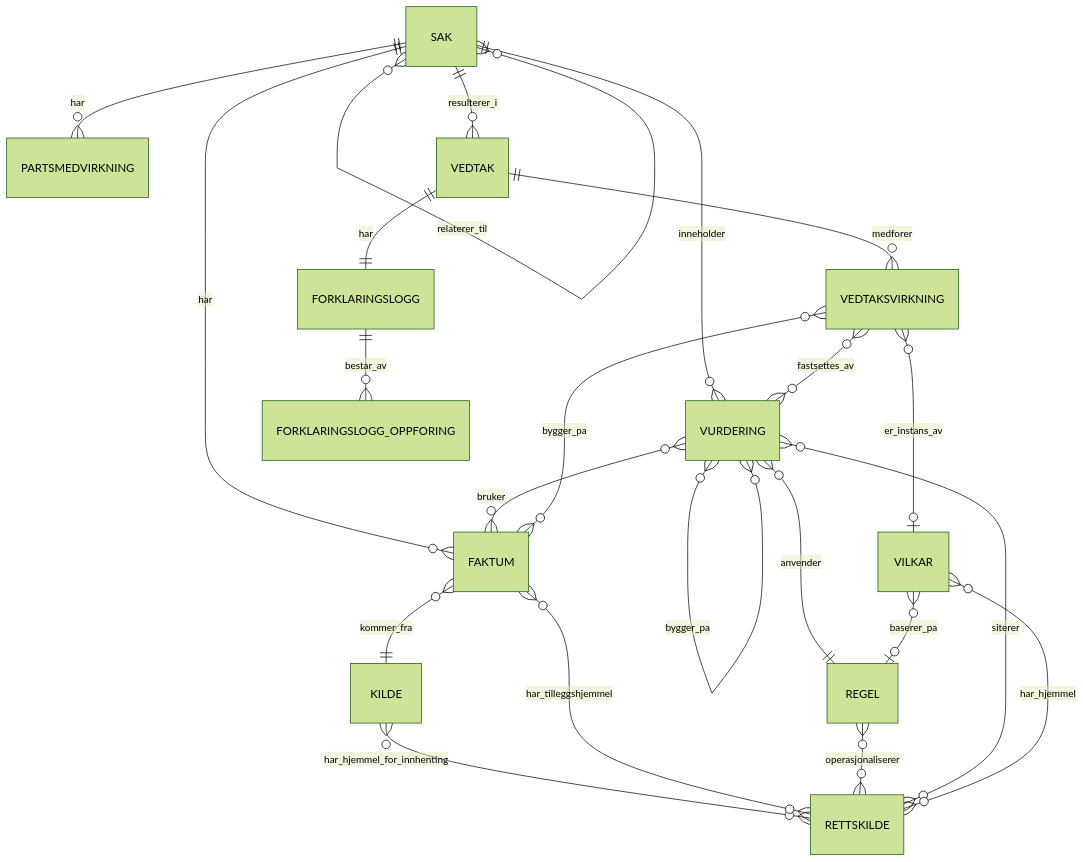
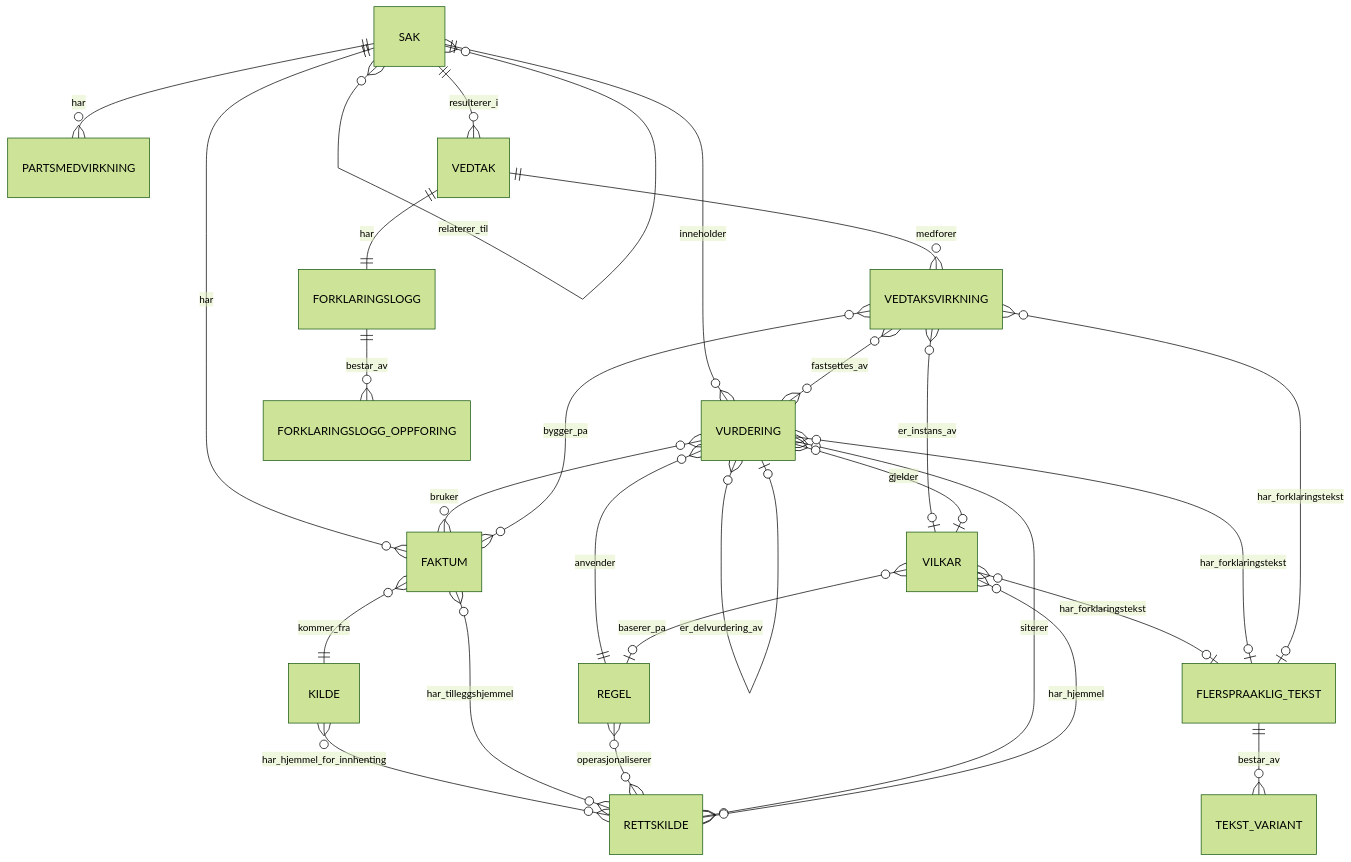
The diagram in README.md (FinnurO/forklaringsmodell-api), drawn with Mermaid (forest theme) before and after one commit. The commit also changed other lines of this file and 21 other files, not shown here.

````diff
--- a/README.md
+++ b/README.md
@@ -13,24 +17,30 @@
 ```mermaid
 erDiagram
   SAK ||--o{ FAKTUM : har
   SAK ||--o{ PARTSMEDVIRKNING : har
   SAK ||--o{ VURDERING : inneholder
   SAK ||--o{ VEDTAK : resulterer_i
   FAKTUM }o--|| KILDE : kommer_fra
   KILDE }o--o{ RETTSKILDE : har_hjemmel_for_innhenting
   FAKTUM }o--o{ RETTSKILDE : har_tilleggshjemmel
   VURDERING }o--o{ FAKTUM : bruker
   VURDERING }o--|| REGEL : anvender
   REGEL }o--o{ RETTSKILDE : operasjonaliserer
   VURDERING }o--o{ RETTSKILDE : siterer
   VEDTAK ||--|| FORKLARINGSLOGG : har
   FORKLARINGSLOGG ||--o{ FORKLARINGSLOGG_OPPFORING : bestar_av
   VEDTAK ||--o{ VEDTAKSVIRKNING : medforer
   VEDTAKSVIRKNING }o--o{ VURDERING : fastsettes_av
   VEDTAKSVIRKNING }o--o{ FAKTUM : bygger_pa
   VEDTAKSVIRKNING }o--o| VILKAR : er_instans_av
   VILKAR }o--o{ RETTSKILDE : har_hjemmel
   VILKAR }o--o| REGEL : baserer_pa
   SAK }o--o{ SAK : relaterer_til
   VURDERING }o--o{ VURDERING : bygger_pa
+  VURDERING }o--o| VURDERING : er_delvurdering_av
+  VURDERING }o--o| VILKAR : gjelder
+  VILKAR }o--o| FLERSPRAAKLIG_TEKST : har_forklaringstekst
+  VURDERING }o--o| FLERSPRAAKLIG_TEKST : har_forklaringstekst
+  VEDTAKSVIRKNING }o--o| FLERSPRAAKLIG_TEKST : har_forklaringstekst
+  FLERSPRAAKLIG_TEKST ||--o{ TEKST_VARIANT : bestar_av
 ```
````
